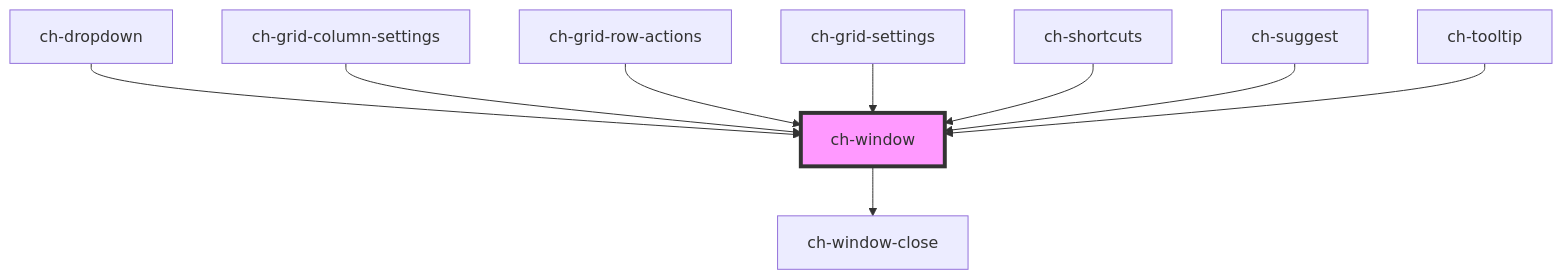
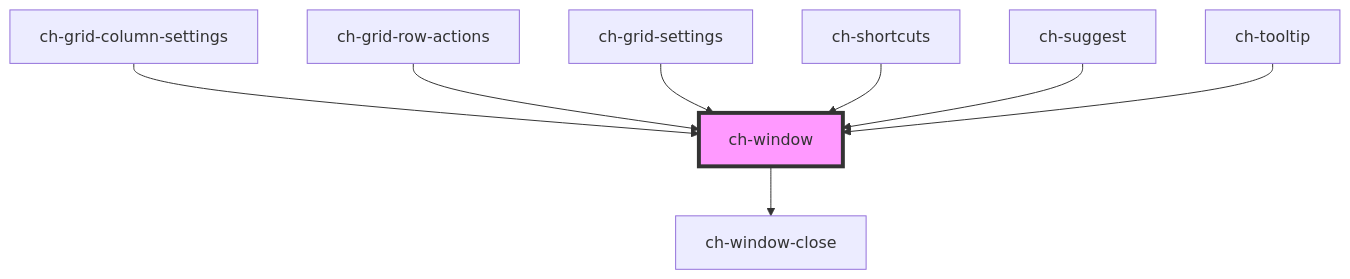
The diagram in src/components/window/readme.md (genexuslabs/chameleon-controls-library), drawn with Mermaid before and after one commit. The commit also changed other lines of this file and 7 other files, not shown here.

````diff
--- a/src/components/window/readme.md
+++ b/src/components/window/readme.md
@@ -71,12 +70,11 @@
 ```mermaid
 graph TD;
   ch-window --> ch-window-close
-  ch-dropdown --> ch-window
   ch-grid-column-settings --> ch-window
   ch-grid-row-actions --> ch-window
   ch-grid-settings --> ch-window
   ch-shortcuts --> ch-window
   ch-suggest --> ch-window
   ch-tooltip --> ch-window
   style ch-window fill:#f9f,stroke:#333,stroke-width:4px
 ```
````
